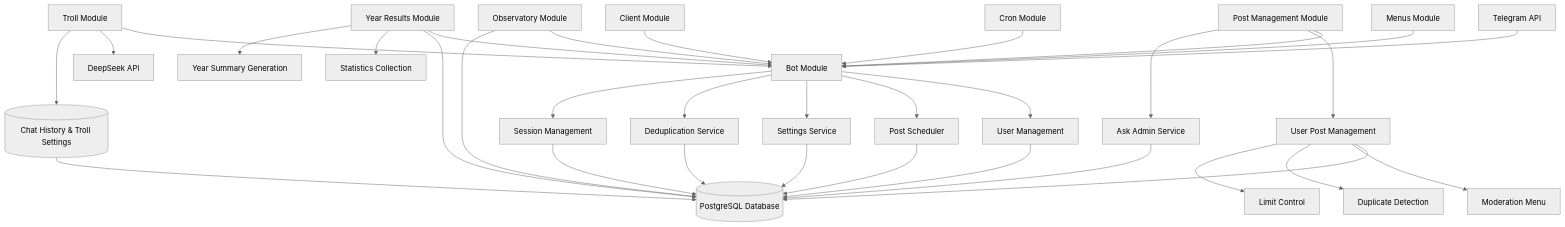
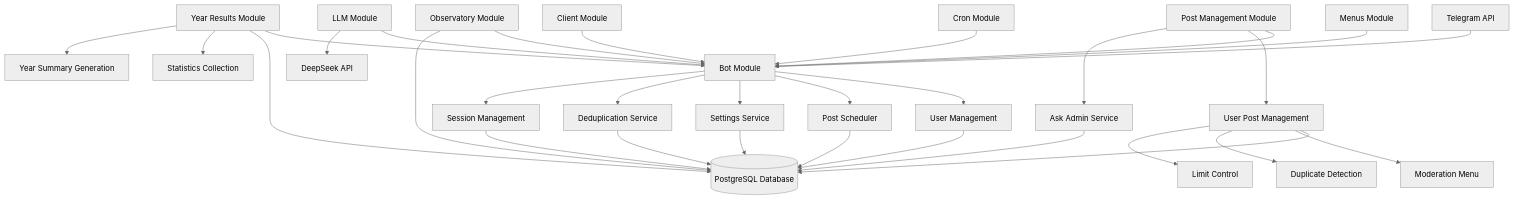
Before and after one commit to semirov/tg-bot: the first of 2 diagrams in README.md, drawn with Mermaid (neutral theme). The commit also changed other lines of this file and 114 other files, not shown here.

First line of the commit message:
refactor(troll): remove troll-bot module from tg-bot (TGB-106)

````diff
--- a/README.md
+++ b/README.md
@@ -122,39 +104,37 @@
 ```mermaid
 graph TD
     A[Telegram API] --> B[Bot Module]
     B --> C[User Management]
     B --> D[Post Scheduler]
     B --> E[Settings Service]
     B --> F[Deduplication Service]
     B --> G[Session Management]
     
     H[Post Management Module] --> B
     H --> I[User Post Management]
     H --> J[Ask Admin Service]
     
     K[Menus Module] --> B
     L[Observatory Module] --> B
     M[Cron Module] --> B
     N[Client Module] --> B
     O[Year Results Module] --> B
-    V[Troll Module] --> B
+    V[LLM Module] --> B
     V --> W[DeepSeek API]
     
     C --> P[(PostgreSQL Database)]
     D --> P
     E --> P
     F --> P
     G --> P
     I --> P
     J --> P
     L --> P
     O --> P
     
     I --> Q[Moderation Menu]
     I --> R[Duplicate Detection]
     I --> S[Limit Control]
     O --> T[Statistics Collection]
     O --> U[Year Summary Generation]
-    V --> Y[(Chat History & Troll Settings)]
-    Y --> P
 ```
````
